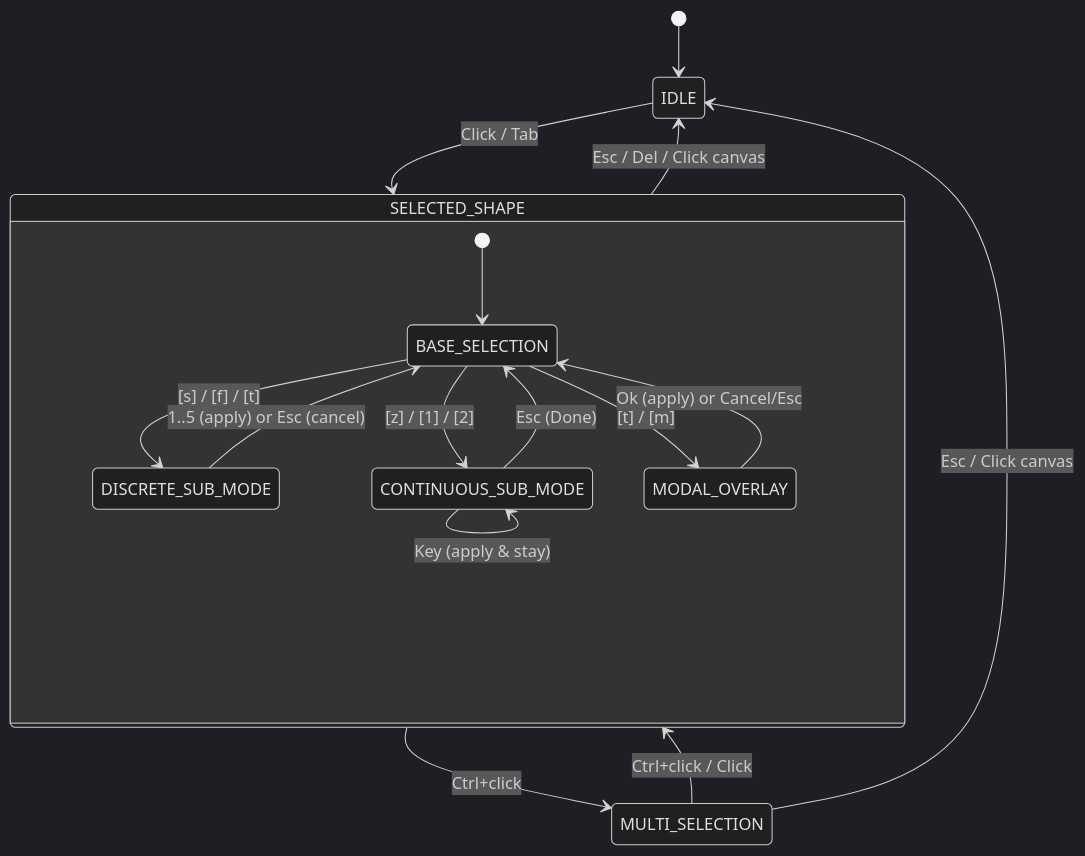
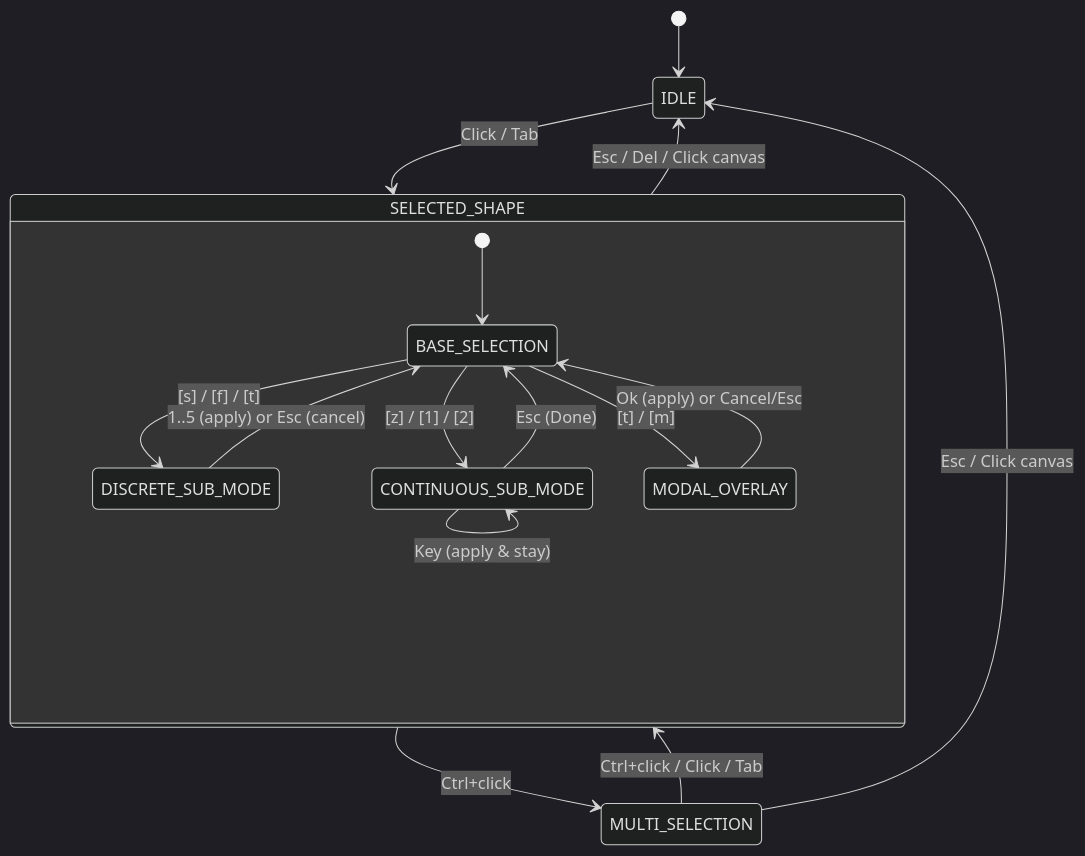
One commit to andresmoschini/monospace changed the diagram in docs/contextual-ui.md. Above: the diagram before and after it, drawn with Mermaid (dark theme). The commit also changed other lines of this file and 5 other files, not shown here.

First line of the commit message:
feat(tui): keep Tab and Shift+Tab cycling in multi-selection

````diff
--- a/docs/contextual-ui.md
+++ b/docs/contextual-ui.md
@@ -161,22 +161,22 @@
 ```mermaid
 stateDiagram-v2
     [*] --> IDLE
     IDLE --> SELECTED_SHAPE: Click / Tab
     SELECTED_SHAPE --> IDLE: Esc / Del / Click canvas
     SELECTED_SHAPE --> MULTI_SELECTION: Ctrl+click
-    MULTI_SELECTION --> SELECTED_SHAPE: Ctrl+click / Click
+    MULTI_SELECTION --> SELECTED_SHAPE: Ctrl+click / Click / Tab
     MULTI_SELECTION --> IDLE: Esc / Click canvas
 
     state SELECTED_SHAPE {
         [*] --> BASE_SELECTION
         BASE_SELECTION --> DISCRETE_SUB_MODE: [s] / [f] / [t]
         DISCRETE_SUB_MODE --> BASE_SELECTION: 1..5 (apply) or Esc (cancel)
 
         BASE_SELECTION --> CONTINUOUS_SUB_MODE: [z] / [1] / [2]
         CONTINUOUS_SUB_MODE --> CONTINUOUS_SUB_MODE: Key (apply & stay)
         CONTINUOUS_SUB_MODE --> BASE_SELECTION: Esc (Done)
 
         BASE_SELECTION --> MODAL_OVERLAY: [t] / [m]
         MODAL_OVERLAY --> BASE_SELECTION: Ok (apply) or Cancel/Esc
     }
 ```
````
